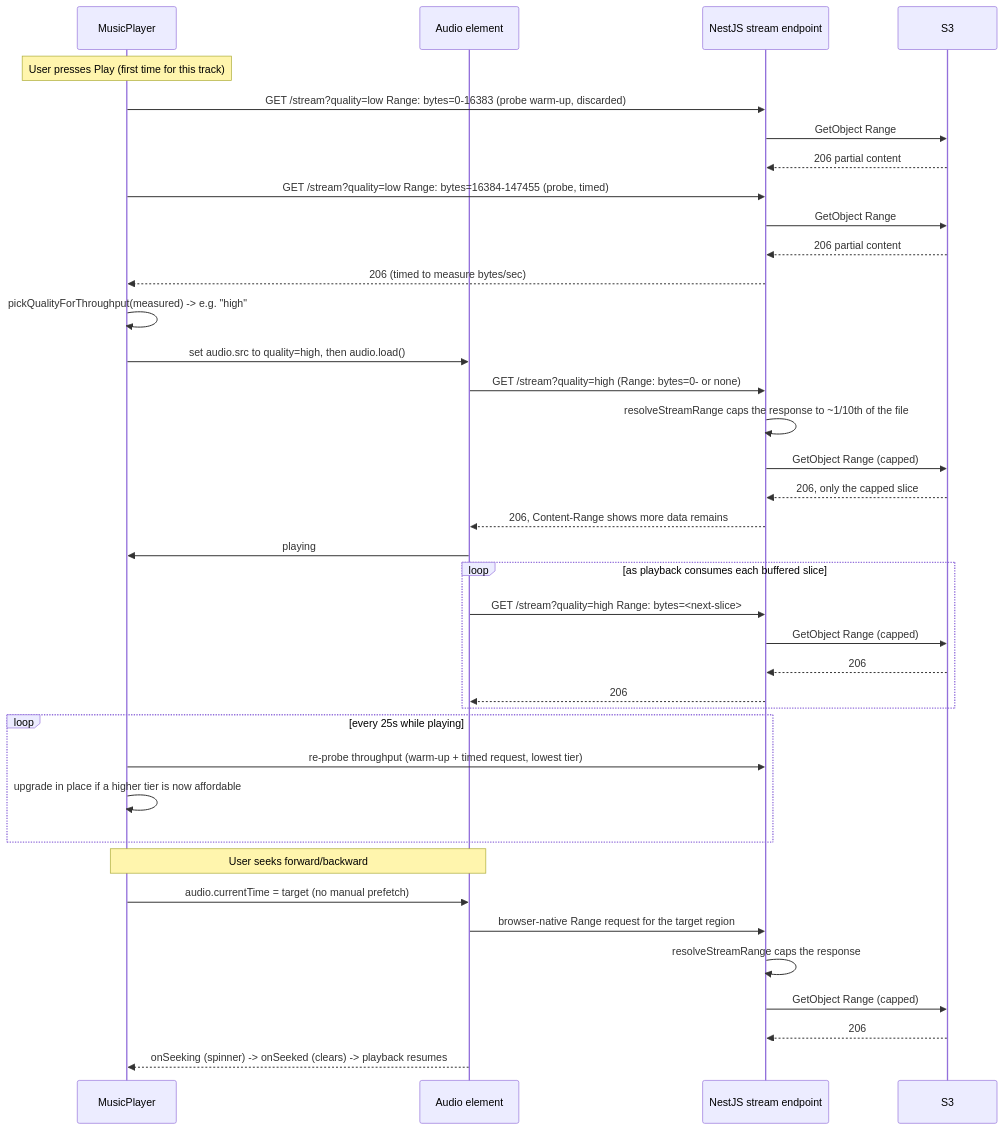
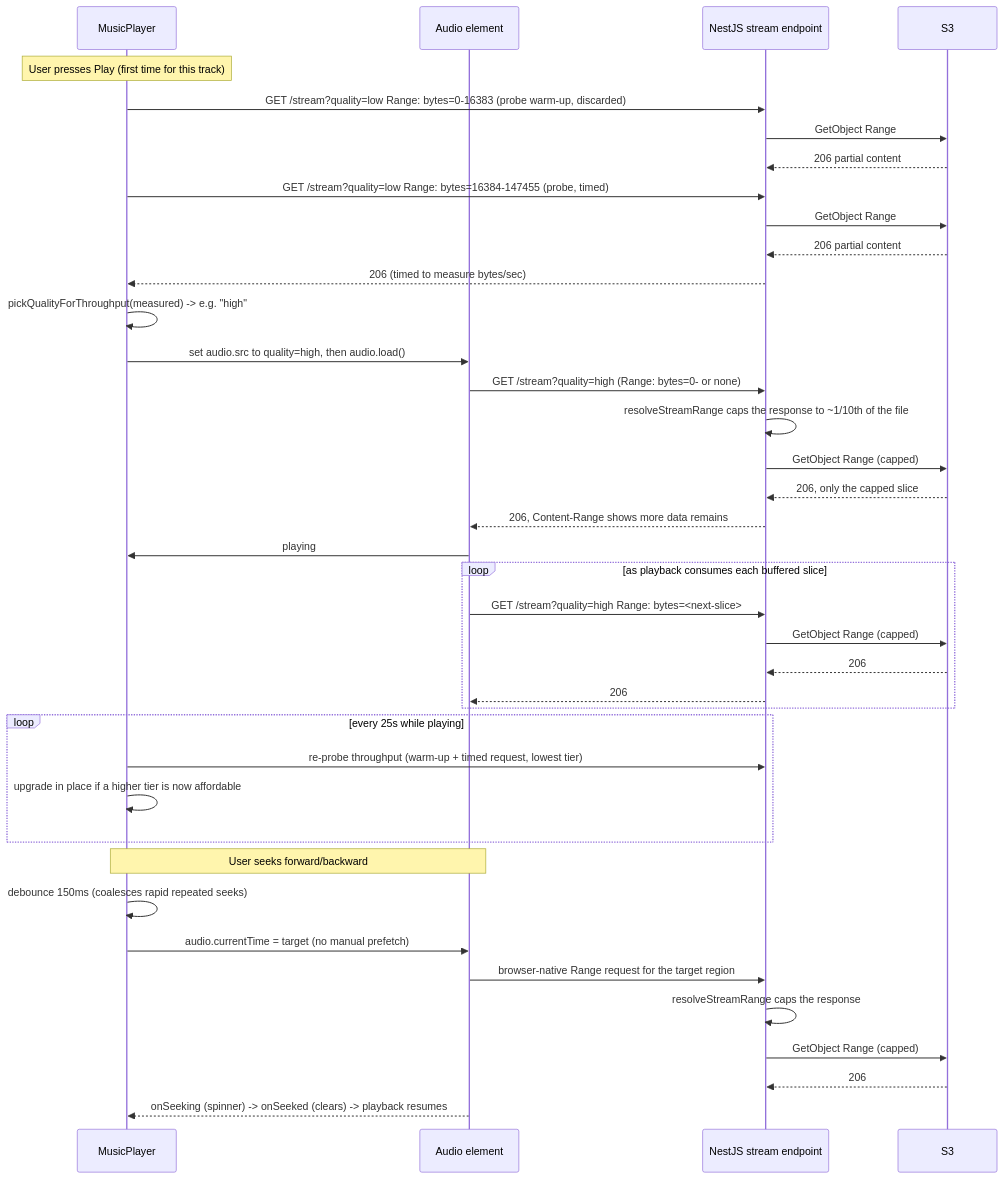
One commit to Lakshya-Saini/Music-Streaming-App changed the fifth of 6 diagrams in docs/v1/ARCHITECTURE.md. Above: the diagram before and after it, drawn with Mermaid. The commit also changed other lines of this file and 2 other files, not shown here.

Commit message:
feat: implement debounce for rapid seeking to improve playback stability and prevent network errors

````diff
--- a/docs/v1/ARCHITECTURE.md
+++ b/docs/v1/ARCHITECTURE.md
@@ -233,41 +233,42 @@
 ```mermaid
 sequenceDiagram
     participant P as MusicPlayer
     participant AUD as Audio element
     participant API as NestJS stream endpoint
     participant S as S3
 
     Note over P: User presses Play (first time for this track)
     P->>API: GET /stream?quality=low Range: bytes=0-16383 (probe warm-up, discarded)
     API->>S: GetObject Range
     S-->>API: 206 partial content
     P->>API: GET /stream?quality=low Range: bytes=16384-147455 (probe, timed)
     API->>S: GetObject Range
     S-->>API: 206 partial content
     API-->>P: 206 (timed to measure bytes/sec)
     P->>P: pickQualityForThroughput(measured) -> e.g. "high"
     P->>AUD: set audio.src to quality=high, then audio.load()
     AUD->>API: GET /stream?quality=high (Range: bytes=0- or none)
     API->>API: resolveStreamRange caps the response to ~1/10th of the file
     API->>S: GetObject Range (capped)
     S-->>API: 206, only the capped slice
     API-->>AUD: 206, Content-Range shows more data remains
     AUD->>P: playing
     loop as playback consumes each buffered slice
         AUD->>API: GET /stream?quality=high Range: bytes=<next-slice>
         API->>S: GetObject Range (capped)
         S-->>API: 206
         API-->>AUD: 206
     end
     loop every 25s while playing
         P->>API: re-probe throughput (warm-up + timed request, lowest tier)
         P->>P: upgrade in place if a higher tier is now affordable
     end
     Note over P,AUD: User seeks forward/backward
+    P->>P: debounce 150ms (coalesces rapid repeated seeks)
     P->>AUD: audio.currentTime = target (no manual prefetch)
     AUD->>API: browser-native Range request for the target region
     API->>API: resolveStreamRange caps the response
     API->>S: GetObject Range (capped)
     S-->>API: 206
     AUD-->>P: onSeeking (spinner) -> onSeeked (clears) -> playback resumes
 ```
````
